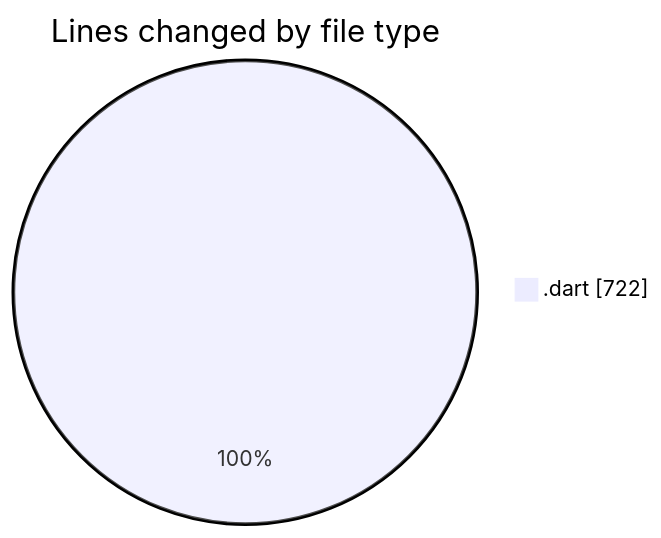
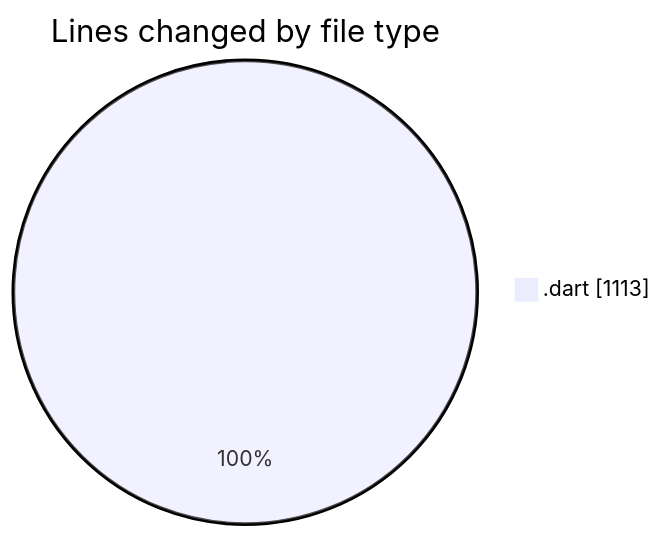
One commit to lephambinh05/code-tracking changed the first of 2 diagrams in 2025-08-26/studybuddy/README.md. Above: the diagram before and after it, drawn with Mermaid. The commit also changed other lines of this file and 1 other file, not shown here.

````diff
--- a/2025-08-26/studybuddy/README.md
+++ b/2025-08-26/studybuddy/README.md
@@ -20,5 +21,5 @@
 ```mermaid
 pie showData
 title Lines changed by file type
-".dart" : 722
+".dart" : 1113
 ```
````
